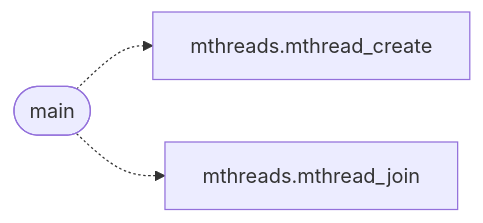
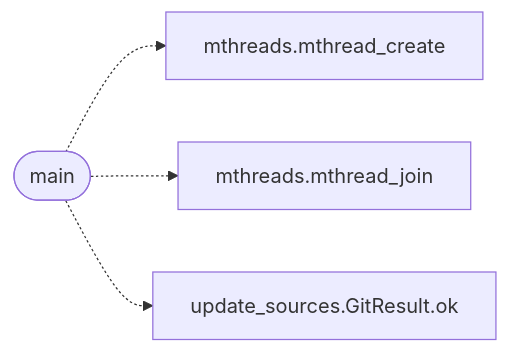
One commit to grisuno/miniOS changed the diagram in readmenator-apidocs/modules/progs.src.fptest.c.md. Above: the diagram before and after it, drawn with Mermaid. The commit also changed other lines of this file and 90 other files, not shown here.

````diff
--- a/readmenator-apidocs/modules/progs.src.fptest.c.md
+++ b/readmenator-apidocs/modules/progs.src.fptest.c.md
@@ -17,8 +17,10 @@
 ```mermaid
 flowchart LR
     n_progs_src_fptest_c__main(["main"])
     n_progs_src_mthreads_h__mthread_create["mthreads.mthread_create"]
     n_progs_src_mthreads_h__mthread_join["mthreads.mthread_join"]
+    n_tools_update_sources_py__GitResult_ok["update_sources.GitResult.ok"]
     n_progs_src_fptest_c__main -.-> n_progs_src_mthreads_h__mthread_create
     n_progs_src_fptest_c__main -.-> n_progs_src_mthreads_h__mthread_join
+    n_progs_src_fptest_c__main -.-> n_tools_update_sources_py__GitResult_ok
 ```
````
